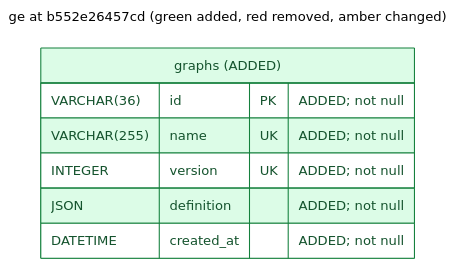
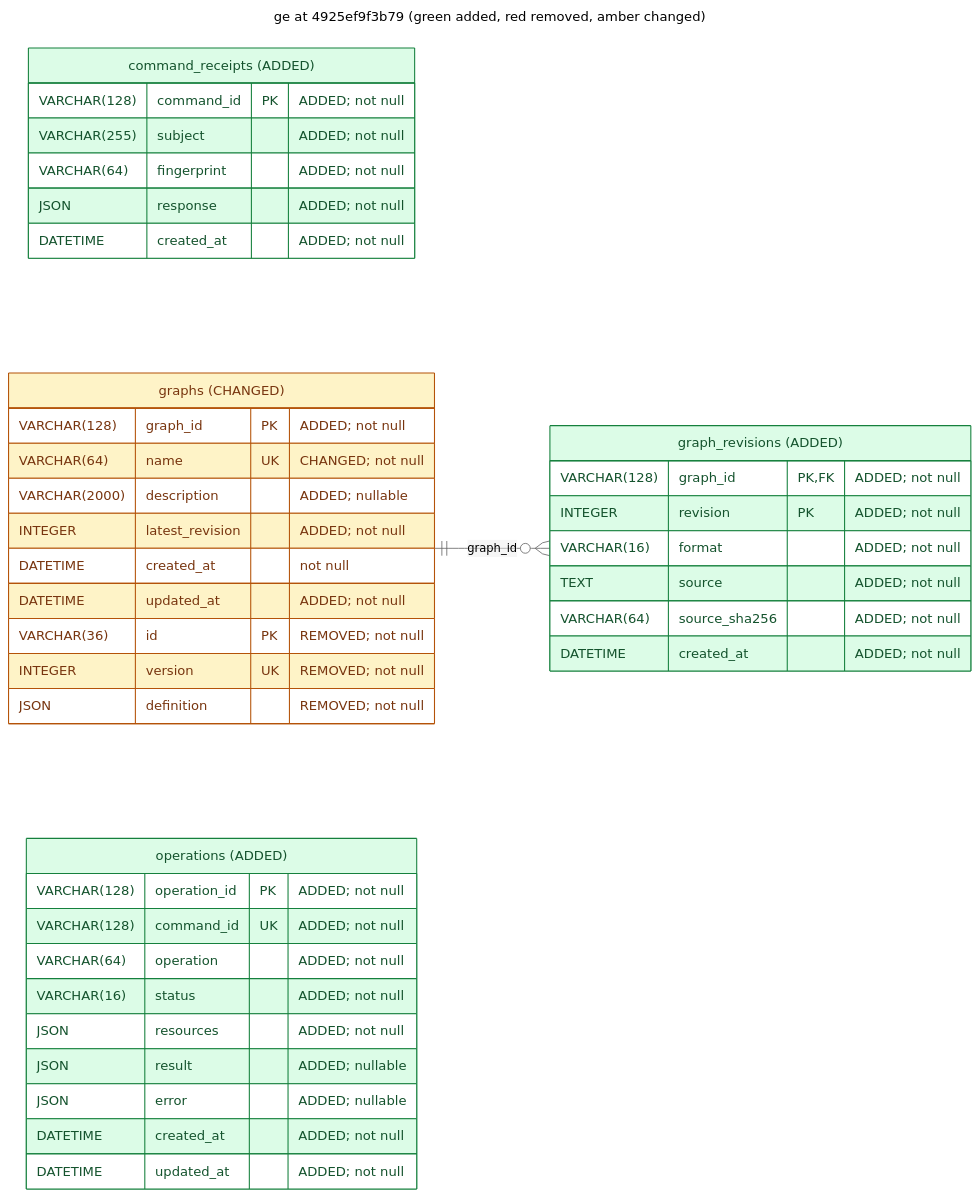
The diagram in v2/docs/schema/latest_ge.mermaid (OpenEngine/OpenEngine), drawn with Mermaid before and after one commit. The commit also changed 27 other files, not shown here.

First line of the commit message:
feat(v2-ge): apply graphs as immutable revisions with durable command receipts

```diff
--- a/v2/docs/schema/latest_ge.mermaid
+++ b/v2/docs/schema/latest_ge.mermaid
@@ -1,21 +1,55 @@
 ---
-title: ge at b552e26457cd (green added, red removed, amber changed)
+title: ge at 4925ef9f3b79 (green added, red removed, amber changed)
 config:
   theme: neutral
 ---
 erDiagram
     direction LR
     %% REMOVED tables/columns are tombstones, absent from this revision's schema.
     %% Column changes include type, nullability, default and key membership.
     %% Table changes also include indexes and constraints.
     classDef added fill:#dcfce7,stroke:#15803d,color:#14532d
     classDef removed fill:#fee2e2,stroke:#b91c1c,color:#7f1d1d
     classDef changed fill:#fef3c7,stroke:#b45309,color:#78350f
-    graphs["graphs (ADDED)"] {
-        VARCHAR(36) id PK "ADDED; not null"
-        VARCHAR(255) name UK "ADDED; not null"
-        INTEGER version UK "ADDED; not null"
-        JSON definition "ADDED; not null"
+    command_receipts["command_receipts (ADDED)"] {
+        VARCHAR(128) command_id PK "ADDED; not null"
+        VARCHAR(255) subject "ADDED; not null"
+        VARCHAR(64) fingerprint "ADDED; not null"
+        JSON response "ADDED; not null"
         DATETIME created_at "ADDED; not null"
     }
-    class graphs added
+    class command_receipts added
+    graph_revisions["graph_revisions (ADDED)"] {
+        VARCHAR(128) graph_id PK,FK "ADDED; not null"
+        INTEGER revision PK "ADDED; not null"
+        VARCHAR(16) format "ADDED; not null"
+        TEXT source "ADDED; not null"
+        VARCHAR(64) source_sha256 "ADDED; not null"
+        DATETIME created_at "ADDED; not null"
+    }
+    class graph_revisions added
+    graphs ||--o{ graph_revisions : "graph_id"
+    graphs["graphs (CHANGED)"] {
+        VARCHAR(128) graph_id PK "ADDED; not null"
+        VARCHAR(64) name UK "CHANGED; not null"
+        VARCHAR(2000) description "ADDED; nullable"
+        INTEGER latest_revision "ADDED; not null"
+        DATETIME created_at "not null"
+        DATETIME updated_at "ADDED; not null"
+        VARCHAR(36) id PK "REMOVED; not null"
+        INTEGER version UK "REMOVED; not null"
+        JSON definition "REMOVED; not null"
+    }
+    class graphs changed
+    operations["operations (ADDED)"] {
+        VARCHAR(128) operation_id PK "ADDED; not null"
+        VARCHAR(128) command_id UK "ADDED; not null"
+        VARCHAR(64) operation "ADDED; not null"
+        VARCHAR(16) status "ADDED; not null"
+        JSON resources "ADDED; not null"
+        JSON result "ADDED; nullable"
+        JSON error "ADDED; nullable"
+        DATETIME created_at "ADDED; not null"
+        DATETIME updated_at "ADDED; not null"
+    }
+    class operations added
```
